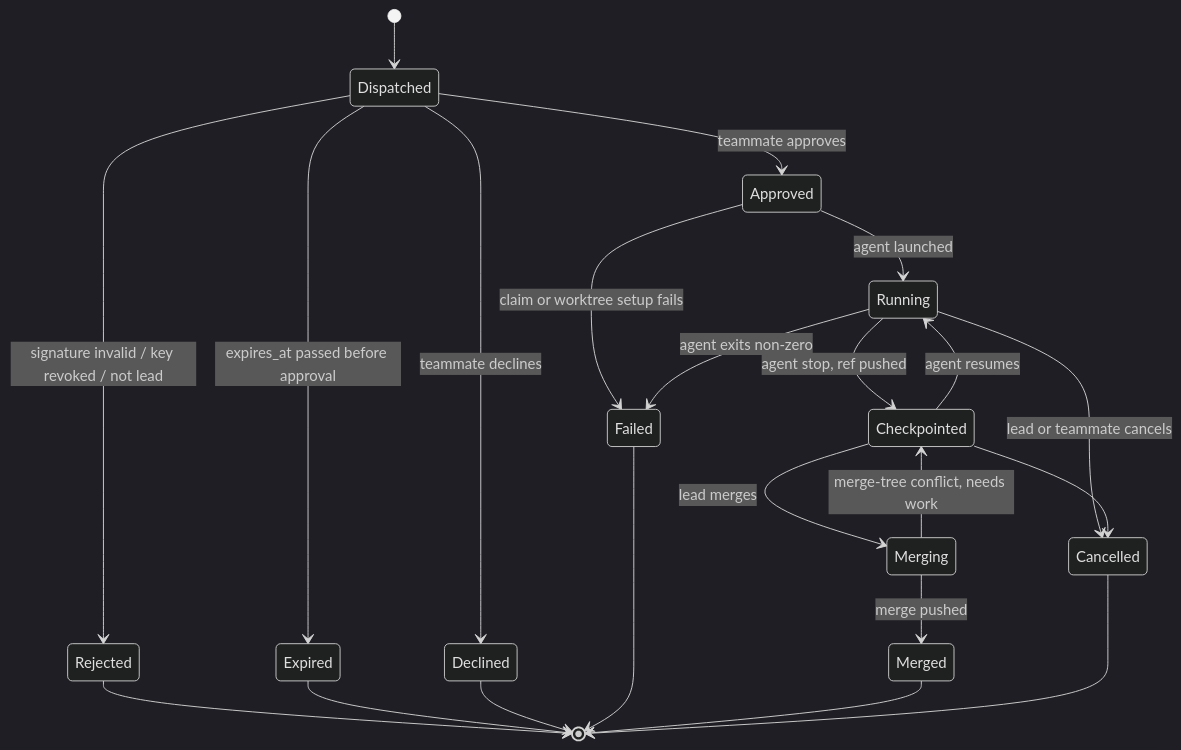
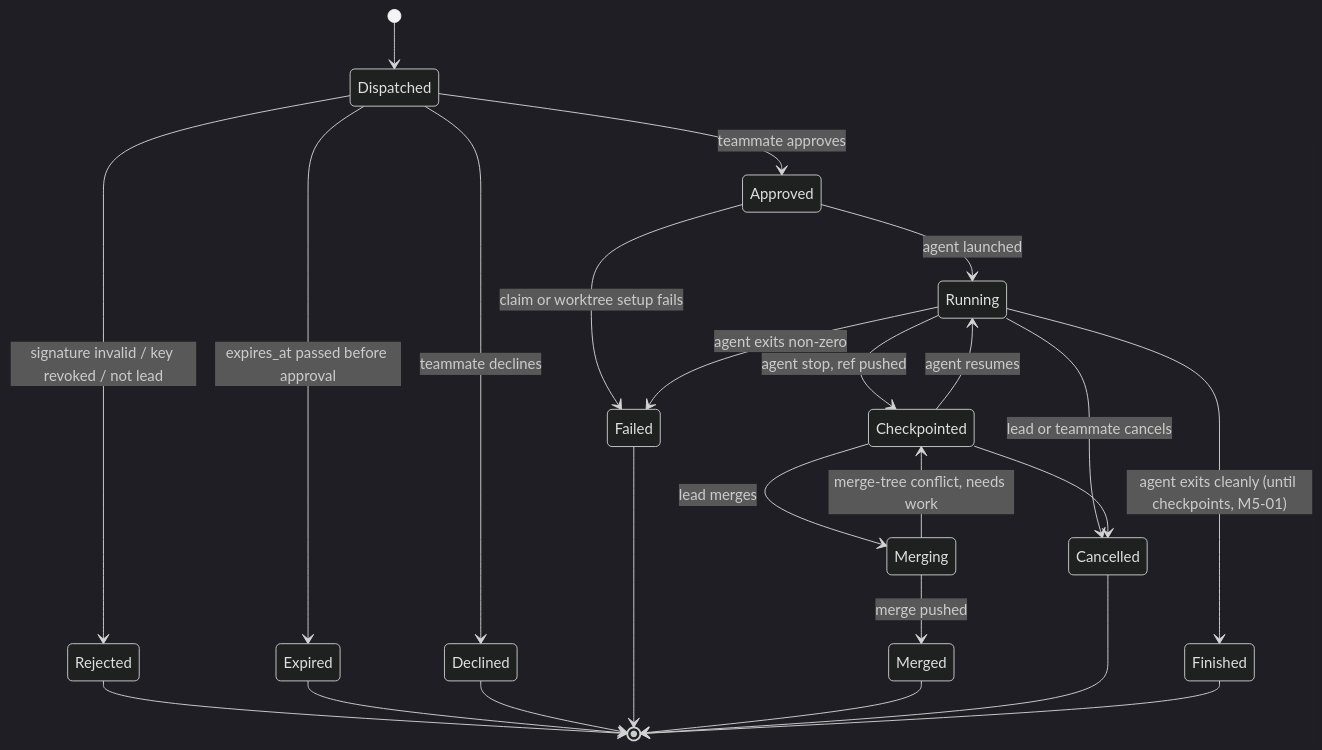
One commit to crewbo/crewbo changed the first of 2 diagrams in docs/architecture/data-model.md. Above: the diagram before and after it, drawn with Mermaid (dark theme). The commit also changed other lines of this file and 15 other files, not shown here.

````diff
--- a/docs/architecture/data-model.md
+++ b/docs/architecture/data-model.md
@@ -33,24 +33,26 @@
 ```mermaid
 stateDiagram-v2
   [*] --> Dispatched
   Dispatched --> Rejected: signature invalid / key revoked / not lead
   Dispatched --> Expired: expires_at passed before approval
   Dispatched --> Declined: teammate declines
   Dispatched --> Approved: teammate approves
   Approved --> Failed: claim or worktree setup fails
   Approved --> Running: agent launched
   Running --> Checkpointed: agent stop, ref pushed
   Checkpointed --> Running: agent resumes
   Running --> Failed: agent exits non-zero
   Checkpointed --> Merging: lead merges
   Merging --> Merged: merge pushed
   Merging --> Checkpointed: merge-tree conflict, needs work
   Running --> Cancelled: lead or teammate cancels
+  Running --> Finished: agent exits cleanly (until checkpoints, M5-01)
   Checkpointed --> Cancelled
   Rejected --> [*]
   Expired --> [*]
   Declined --> [*]
   Failed --> [*]
   Merged --> [*]
   Cancelled --> [*]
+  Finished --> [*]
 ```
````
